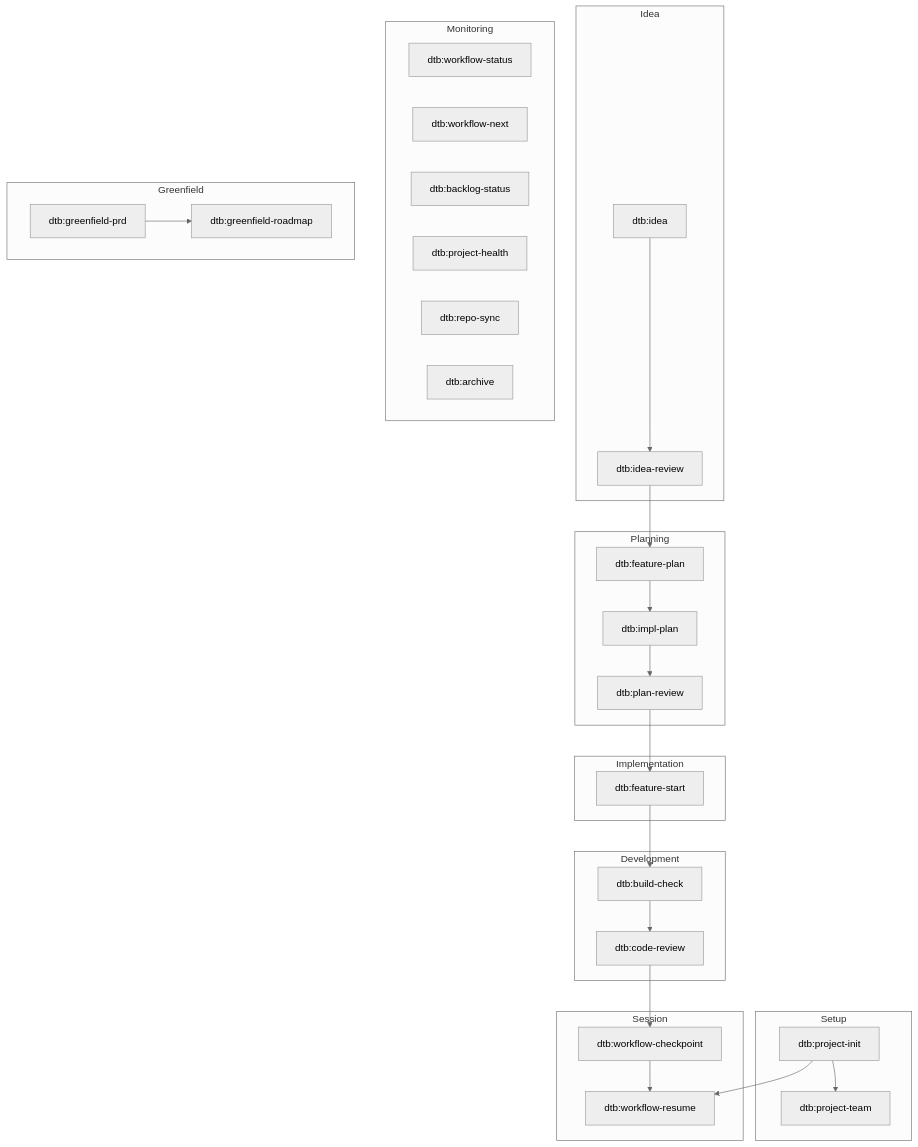
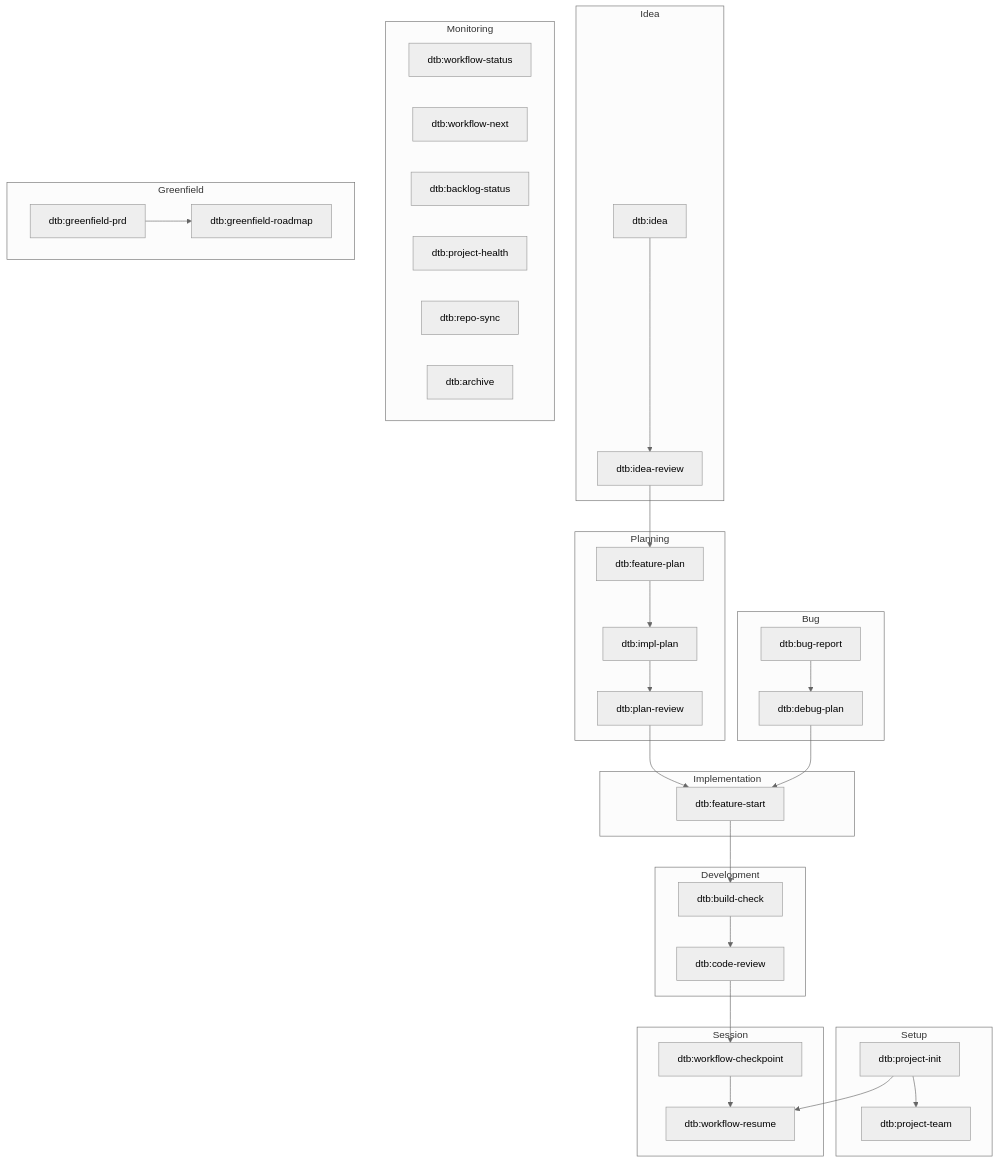
The diagram in claude-code-workflow-kit.md (spyrad/claude-code-workflow-kit), drawn with Mermaid (neutral theme) before and after one commit. The commit also changed other lines of this file and 12 other files, not shown here.

First line of the commit message:
Add bug-report and debug-plan skills, integrate bug pipeline across workflow

````diff
--- a/claude-code-workflow-kit.md
+++ b/claude-code-workflow-kit.md
@@ -5,60 +5,69 @@
 ```mermaid
 flowchart TD
     subgraph SETUP["Setup"]
         init["dtb:project-init"]
         team["dtb:project-team"]
     end
 
     subgraph IDEA["Idea"]
         idea["dtb:idea"]
         review["dtb:idea-review"]
+    end
+
+    subgraph BUG["Bug"]
+        bugreport["dtb:bug-report"]
+        debugplan["dtb:debug-plan"]
     end
 
     subgraph PLANNING["Planning"]
         fplan["dtb:feature-plan"]
         iplan["dtb:impl-plan"]
         preview["dtb:plan-review"]
     end
 
     subgraph IMPL["Implementation"]
         fstart["dtb:feature-start"]
     end
 
     subgraph DEV["Development"]
         build["dtb:build-check"]
         codereview["dtb:code-review"]
     end
 
     subgraph SESSION["Session"]
         checkpoint["dtb:workflow-checkpoint"]
         resume["dtb:workflow-resume"]
     end
 
     subgraph MONITORING["Monitoring"]
         wstatus["dtb:workflow-status"]
         wnext["dtb:workflow-next"]
         bstatus["dtb:backlog-status"]
         health["dtb:project-health"]
         rsync["dtb:repo-sync"]
         archive["dtb:archive"]
     end
 
     subgraph GREENFIELD["Greenfield"]
         prd["dtb:greenfield-prd"]
         roadmap["dtb:greenfield-roadmap"]
     end
 
-    %% Pipeline Flow
+    %% Feature Pipeline
     init --> resume
     init --> team
     idea --> review
     review --> fplan
     fplan --> iplan
     iplan --> preview
     preview --> fstart
     fstart --> build
     build --> codereview
     codereview --> checkpoint
     checkpoint --> resume
     prd --> roadmap
+
+    %% Bug Pipeline
+    bugreport --> debugplan
+    debugplan --> fstart
 ```
````
